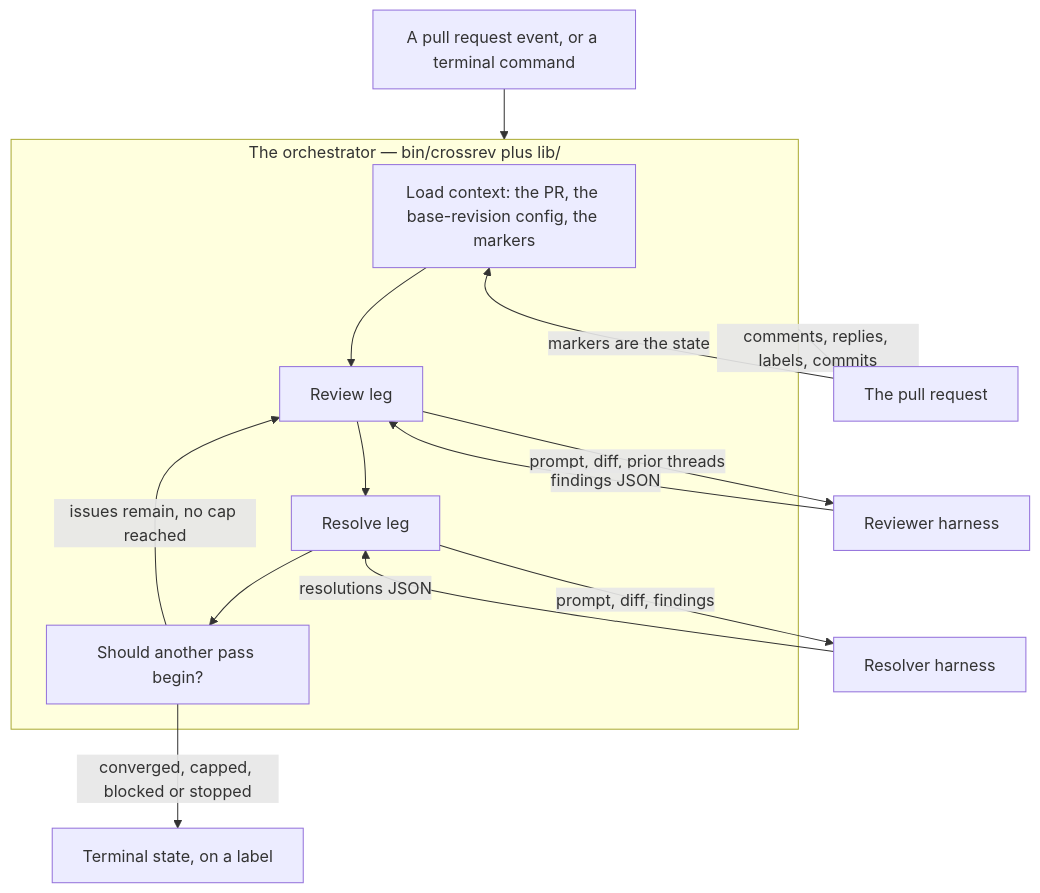
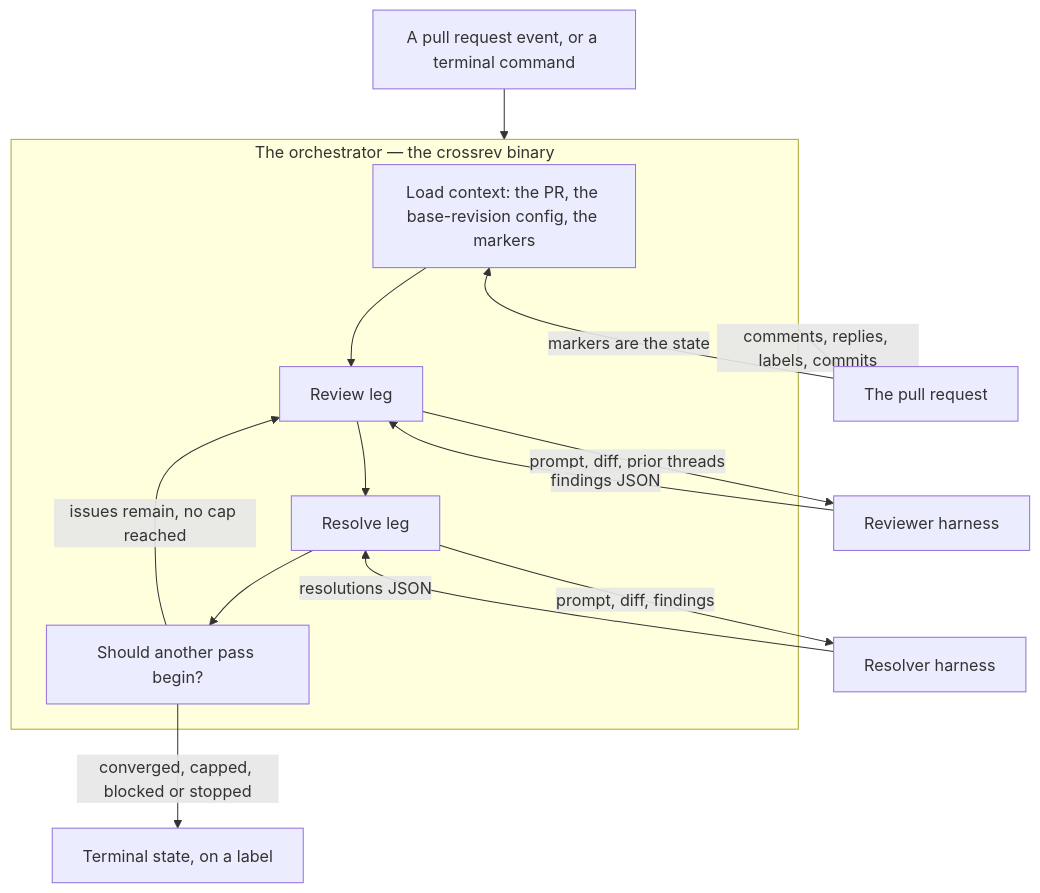
The diagram in docs/architecture.md (carlosboeing/crossrev), drawn with Mermaid before and after one commit. The commit also changed other lines of this file and 665 other files, not shown here.

````diff
--- a/docs/architecture.md
+++ b/docs/architecture.md
@@ -11,23 +21,23 @@
 ```mermaid
 flowchart TD
     trigger["A pull request event, or a terminal command"] --> orch
 
-    subgraph orch["The orchestrator — bin/crossrev plus lib/"]
+    subgraph orch["The orchestrator — the crossrev binary"]
         ctx["Load context: the PR, the base-revision config, the markers"]
         review["Review leg"]
         resolve["Resolve leg"]
         term["Should another pass begin?"]
         ctx --> review --> resolve --> term
         term -->|"issues remain, no cap reached"| review
     end
 
     review -->|"prompt, diff, prior threads"| ra["Reviewer harness"]
     resolve -->|"prompt, diff, findings"| sa["Resolver harness"]
     ra -->|"findings JSON"| review
     sa -->|"resolutions JSON"| resolve
 
     orch -->|"comments, replies, labels, commits"| gh["The pull request"]
     gh -->|"markers are the state"| ctx
 
     term -->|"converged, capped, blocked or stopped"| done["Terminal state, on a label"]
 ```
````
